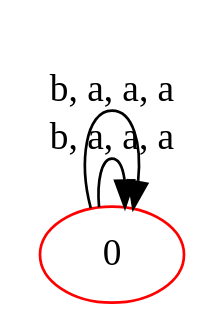
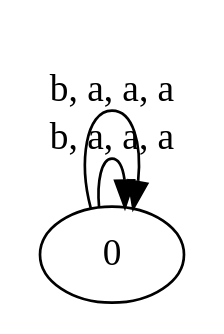
One commit to userdigitaldevil/automata changed the diagram in affichage.dot. Above: the diagram before and after it, drawn with Graphviz. The commit also changed 1 other file, not shown here.

```diff
--- a/affichage.dot
+++ b/affichage.dot
@@ -1,6 +1,6 @@
 digraph a {
  rankdir=LR
-0[ label ="0", color=red ];
+0[ label ="0",];
 0 -> 0 [ label = "b, a, a, a" ];
 0 -> 0 [ label = "b, a, a, a" ];
 }
```
